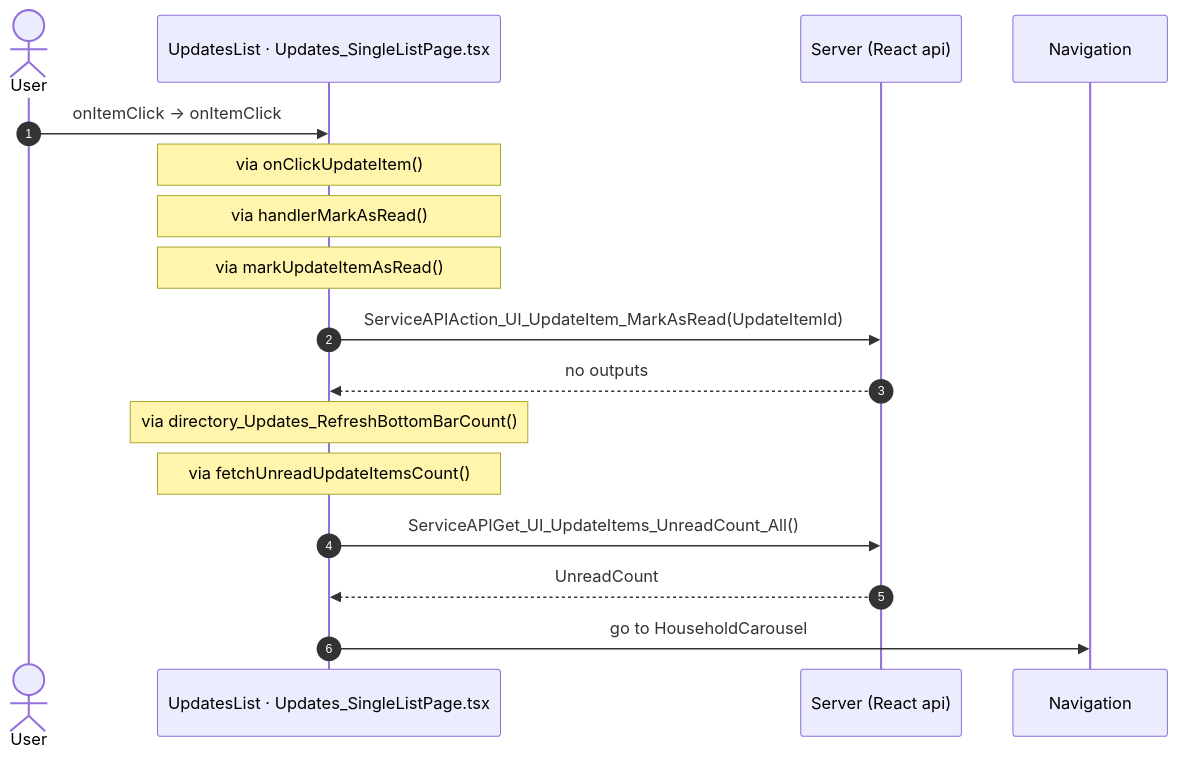
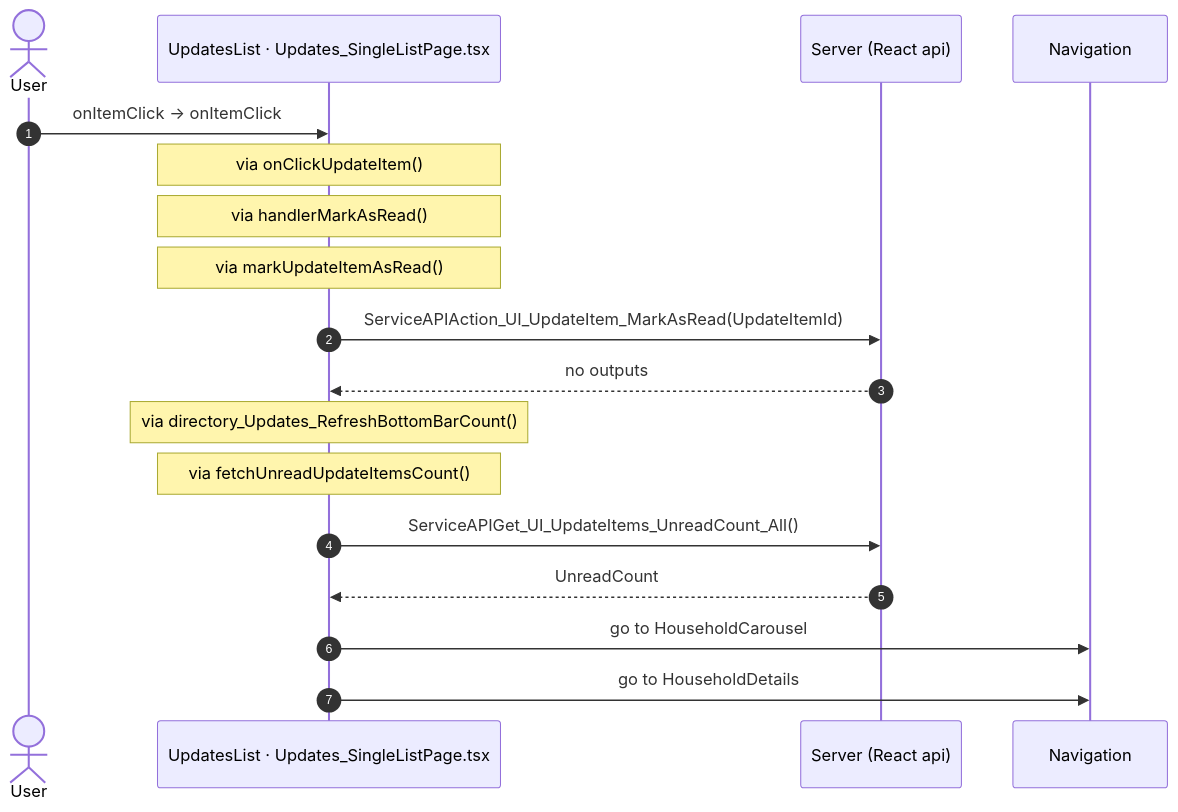
One commit to Phoenix-DX/connect-new-ui changed the sixth of 12 diagrams in route-actions/routes/Updates_SingleList.md. Above: the diagram before and after it, drawn with Mermaid. The commit also changed other lines of this file and 66 other files, not shown here.

````diff
--- a/route-actions/routes/Updates_SingleList.md
+++ b/route-actions/routes/Updates_SingleList.md
@@ -217,19 +221,20 @@
 ```mermaid
 sequenceDiagram
   autonumber
   actor U as User
   participant H as UpdatesList · Updates_SingleListPage.tsx
   participant A as Server (React api)
   participant N as Navigation
   U->>H: onItemClick → onItemClick
   Note over H: via onClickUpdateItem()
   Note over H: via handlerMarkAsRead()
   Note over H: via markUpdateItemAsRead()
   H->>A: ServiceAPIAction_UI_UpdateItem_MarkAsRead(UpdateItemId)
   A-->>H: no outputs
   Note over H: via directory_Updates_RefreshBottomBarCount()
   Note over H: via fetchUnreadUpdateItemsCount()
   H->>A: ServiceAPIGet_UI_UpdateItems_UnreadCount_All()
   A-->>H: UnreadCount
   H->>N: go to HouseholdCarousel
+  H->>N: go to HouseholdDetails
 ```
````
